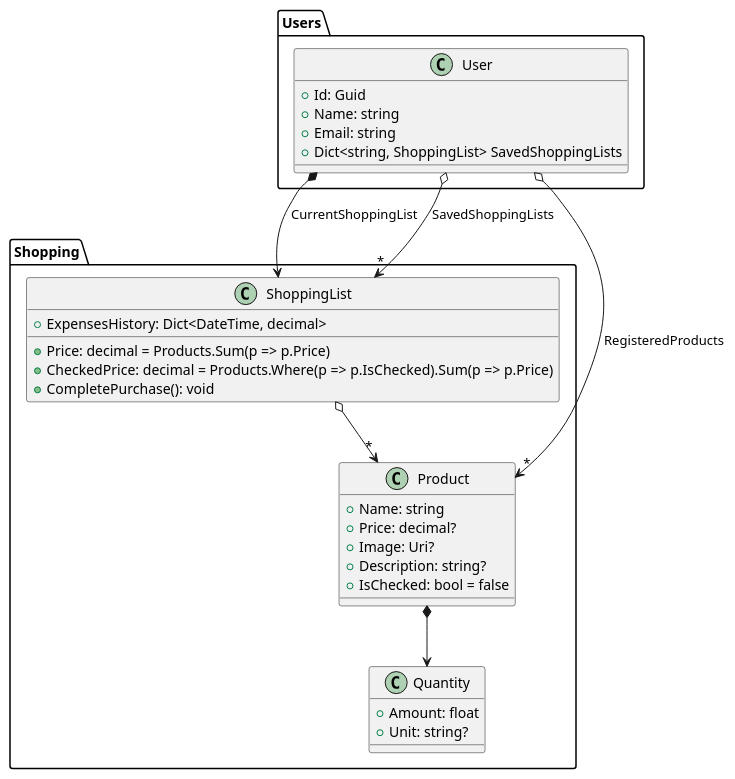
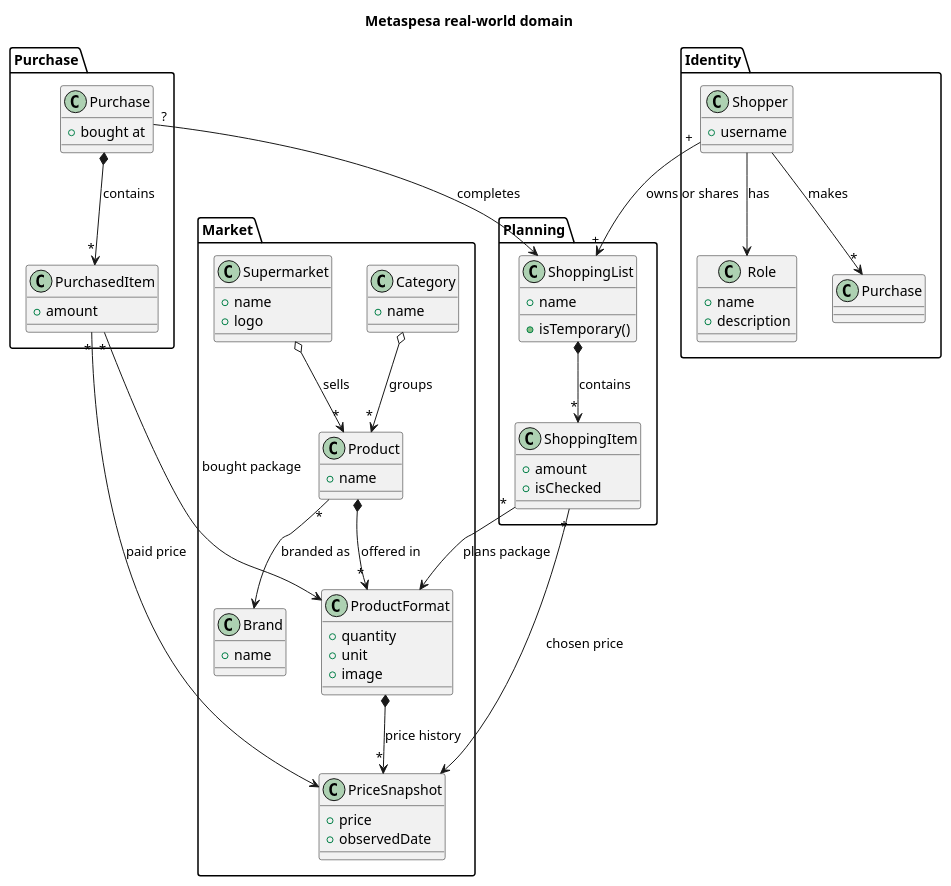
Before and after one commit to gianluisdiana/Metaspesa: the diagram in docs/domain.puml, drawn with PlantUML.

Commit message:
feat: real domain represented in class diagram

```diff
--- a/docs/domain.puml
+++ b/docs/domain.puml
@@ -1,39 +1,84 @@
 @startuml metaspesa_domain
 
-package Shopping {
-  class Quantity {
-    + Amount: float
-    + Unit: string?
+title Metaspesa real-world domain
+
+
+package Market {
+  class PriceSnapshot {
+    + price
+    + observedDate
   }
 
+  class Brand {
+    + name
+  }
+
+  class ProductFormat {
+    + quantity
+    + unit
+    + image
+  }
+  ProductFormat *--> "*" PriceSnapshot : price history
+
   class Product {
-    + Name: string
-    + Price: decimal?
-    + Image: Uri?
-    + Description: string?
-    + IsChecked: bool = false
+    + name
   }
-  Product *--> Quantity
+  Product "*" --> Brand : branded as
+  Product *--> "*" ProductFormat : offered in
+
+  class Category {
+    + name
+  }
+  Category o--> "*" Product : groups
+
+  class Supermarket {
+    + name
+    + logo
+  }
+  Supermarket o--> "*" Product : sells
+}
+
+package Planning {
+  class ShoppingItem {
+    + amount
+    + isChecked
+  }
+  ShoppingItem "*" --> ProductFormat : plans package
+  ShoppingItem "*" --> PriceSnapshot : chosen price
 
   class ShoppingList {
-    + ExpensesHistory: Dict<DateTime, decimal>
-    + Price: decimal = Products.Sum(p => p.Price)
-    + CheckedPrice: decimal = Products.Where(p => p.IsChecked).Sum(p => p.Price)
-    + CompletePurchase(): void
+    + name
+    + isTemporary()
   }
-  ShoppingList o--> "*" Product
+  ShoppingList *--> "*" ShoppingItem : contains
 }
 
-package Users {
-  class User {
-    + Id: Guid
-    + Name: string
-    + Email: string
-    + Dict<string, ShoppingList> SavedShoppingLists
+package Purchase {
+  class PurchasedItem {
+    + amount
   }
-  User *--> ShoppingList : CurrentShoppingList
-  User o--> "*" ShoppingList : SavedShoppingLists
-  User o--> "*" Product : RegisteredProducts
+  PurchasedItem "*" --> ProductFormat : bought package
+  PurchasedItem "*" --> PriceSnapshot : paid price
+
+  class Purchase {
+    + bought at
+  }
+  Purchase "?" --> ShoppingList : completes
+  Purchase *--> "*" PurchasedItem : contains
+}
+
+package Identity {
+  class Role {
+    + name
+    + description
+  }
+
+  class Shopper {
+    + username
+  }
+  Shopper --> "*" Purchase : makes
+  Shopper --> Role : has
+  Shopper "+" --> "+" ShoppingList : owns or shares
 }
 
 @enduml
```
